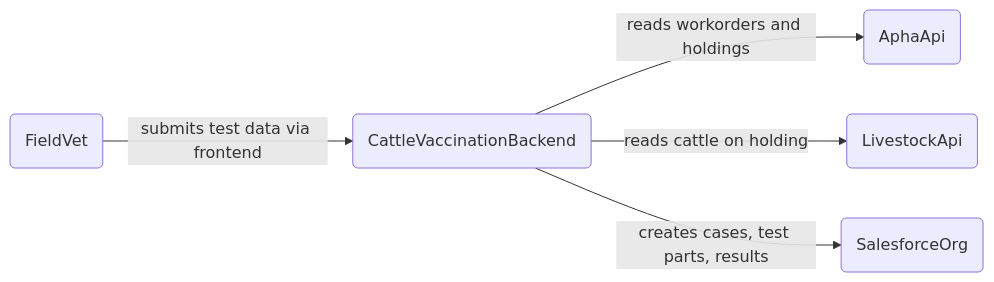
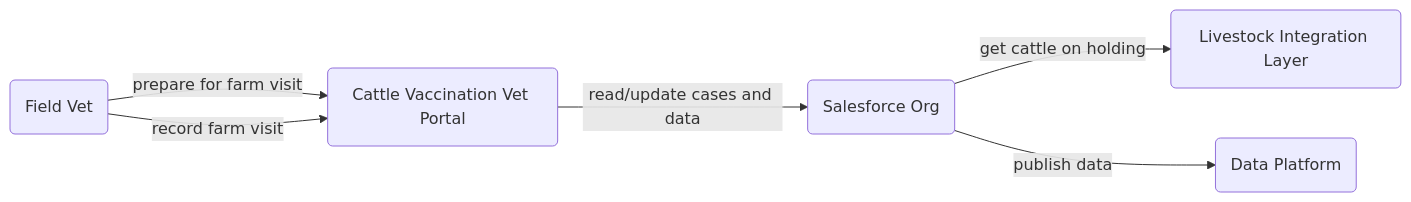
One commit to DEFRA/cattle-vaccination-documentation changed the first of 2 diagrams in technology/data-architecture/evolution-view/README.md. Above: the diagram before and after it, drawn with Mermaid. The commit also changed other lines of this file and 38 other files, not shown here.

Commit message:
Add data platform, reorder evolution steps. (#18)

````diff
--- a/technology/data-architecture/evolution-view/README.md
+++ b/technology/data-architecture/evolution-view/README.md
@@ -31,13 +27,15 @@
 ```mermaid
 flowchart LR
-  Vet(FieldVet)
-  Backend(CattleVaccinationBackend)
-  SalesforceOrg(SalesforceOrg)
-  AphaApi(AphaApi)
-  LivestockApi(LivestockApi)
+  Vet(Field Vet)
+  Portal(Cattle Vaccination Vet Portal)
+  SalesforceOrg(Salesforce Org)
+  LivestockApi(Livestock Integration Layer)
+  DataPlatform(Data Platform)
 
-  Vet -->|"submits test data via frontend"| Backend
-  Backend -->|"reads workorders and holdings"| AphaApi
-  Backend -->|"reads cattle on holding"| LivestockApi
-  Backend -->|"creates cases, test parts, results"| SalesforceOrg
+  
+  Vet -->|"prepare for farm visit"| Portal
+  Vet -->|"record farm visit"| Portal
+  Portal -->|"read/update cases and data"| SalesforceOrg
+  SalesforceOrg -->|"get cattle on holding"| LivestockApi
+  SalesforceOrg -->|"publish data"| DataPlatform
 ```
````
